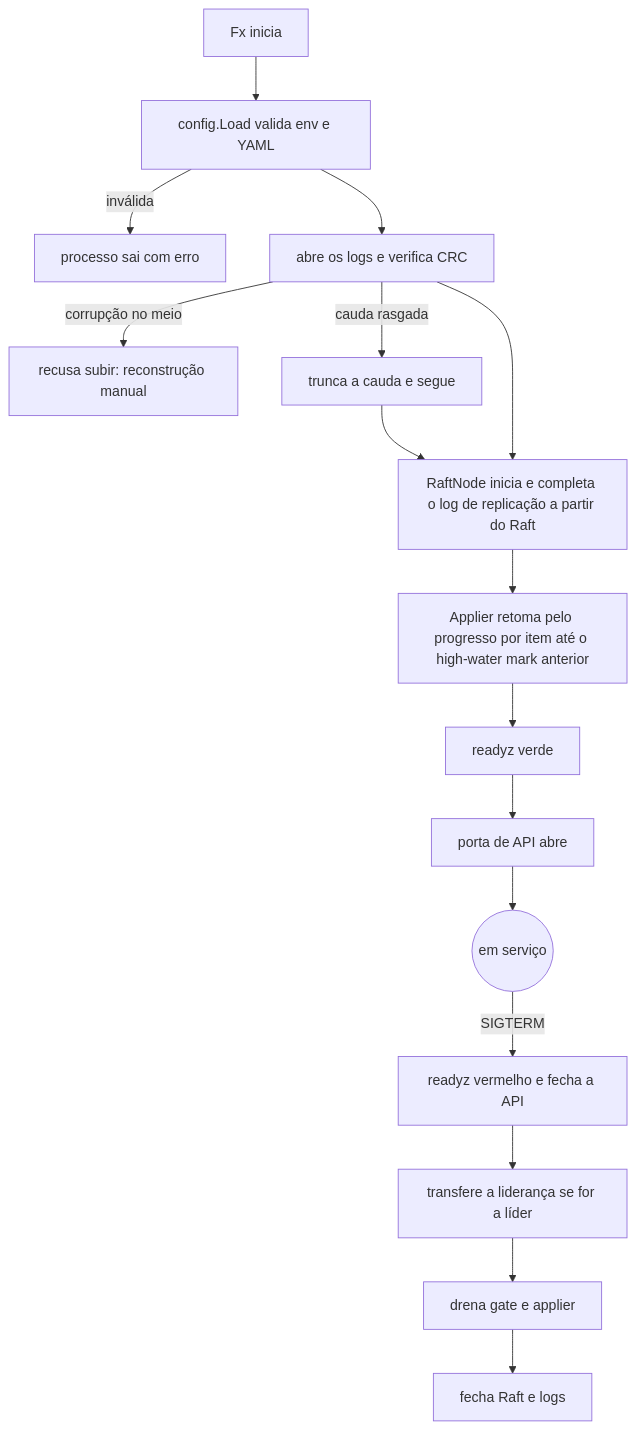
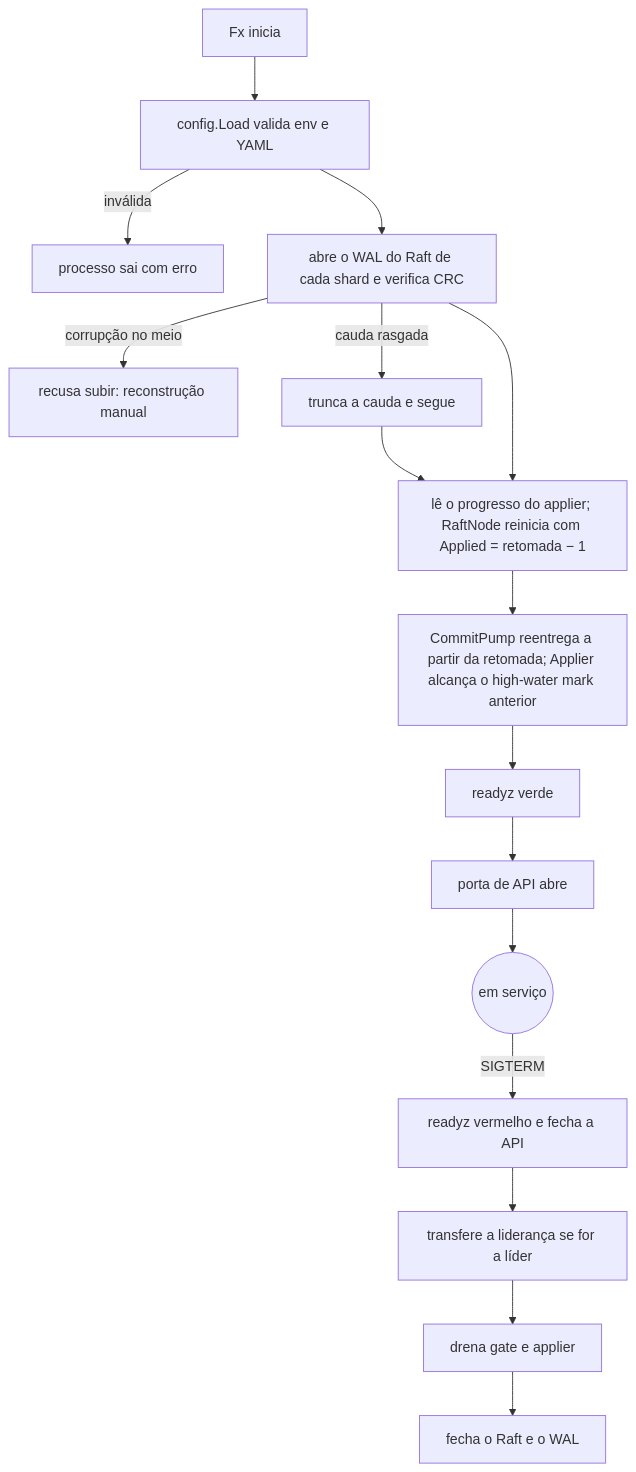
One commit to brbarmex/k changed the first of 2 diagrams in doc/02_cenarios/atualizados/C18-partida-e-recuperacao-do-no.md. Above: the diagram before and after it, drawn with Mermaid. The commit also changed other lines of this file and 197 other files, not shown here.

First line of the commit message:
Remove o log de replicação (replog) e todas as menções

````diff
--- a/doc/02_cenarios/atualizados/C18-partida-e-recuperacao-do-no.md
+++ b/doc/02_cenarios/atualizados/C18-partida-e-recuperacao-do-no.md
@@ -11,18 +11,18 @@
 ```mermaid
 flowchart TD
     A["Fx inicia"] --> B["config.Load valida env e YAML"]
     B -->|"inválida"| X["processo sai com erro"]
-    B --> C["abre os logs e verifica CRC"]
+    B --> C["abre o WAL do Raft de cada shard e verifica CRC"]
     C -->|"corrupção no meio"| Y["recusa subir: reconstrução manual"]
     C -->|"cauda rasgada"| C2["trunca a cauda e segue"]
     C2 --> D
-    C --> D["RaftNode inicia e completa o log de replicação a partir do Raft"]
-    D --> E["Applier retoma pelo progresso por item até o high-water mark anterior"]
+    C --> D["lê o progresso do applier; RaftNode reinicia com Applied = retomada − 1"]
+    D --> E["CommitPump reentrega a partir da retomada; Applier alcança o high-water mark anterior"]
     E --> F["readyz verde"]
     F --> G["porta de API abre"]
     G --> H(("em serviço"))
     H -->|"SIGTERM"| I["readyz vermelho e fecha a API"]
     I --> J["transfere a liderança se for a líder"]
     J --> K["drena gate e applier"]
-    K --> L["fecha Raft e logs"]
+    K --> L["fecha o Raft e o WAL"]
 ```
````
